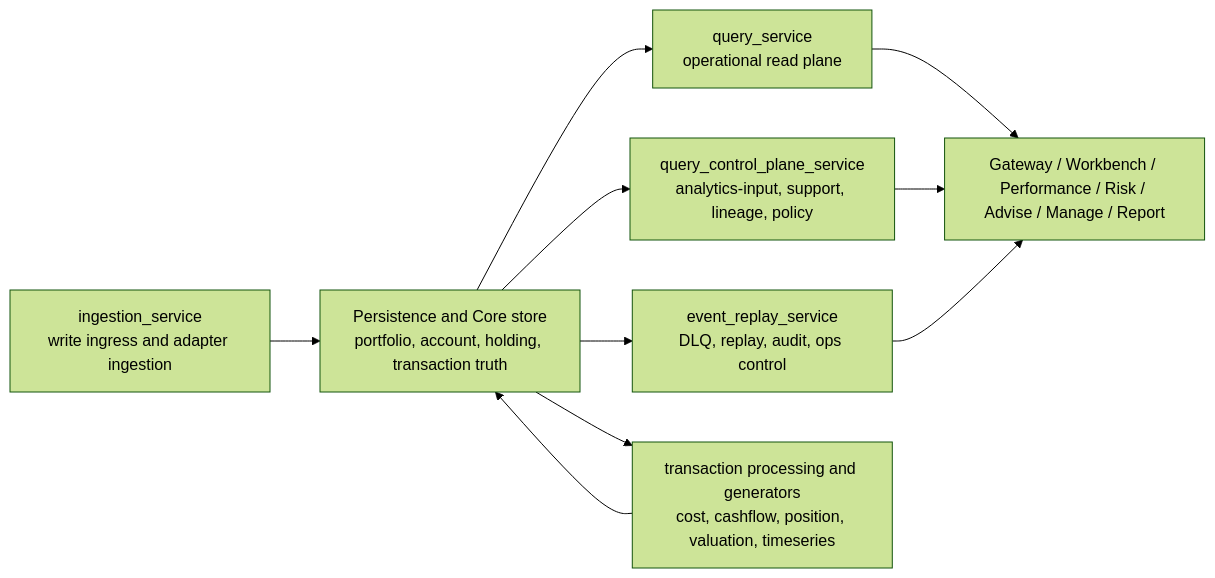
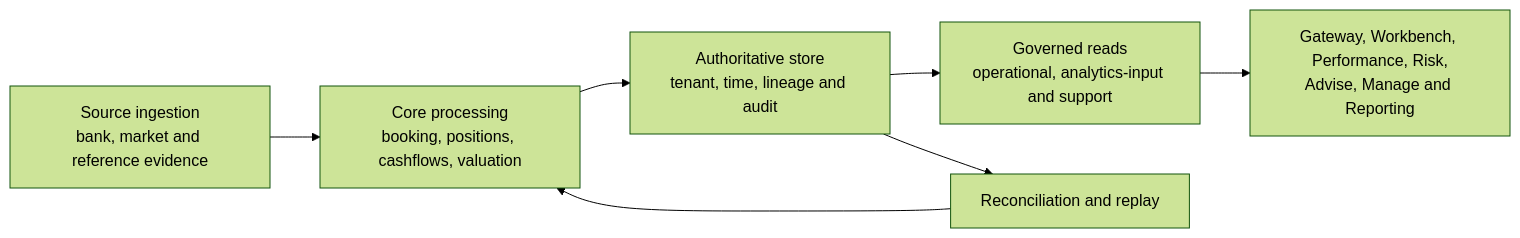
The diagram in README.md (sgajbi/lotus-core), drawn with Mermaid (forest theme) before and after one commit. The commit also changed other lines of this file, not shown here.

Commit message:
docs(readme): establish the Core product front door

````diff
--- a/README.md
+++ b/README.md
@@ -167,20 +69,9 @@
 ```mermaid
 flowchart LR
-    Ingress["ingestion_service<br/>write ingress and adapter ingestion"]
-    Store["Persistence and Core store<br/>portfolio, account, holding, transaction truth"]
-    Query["query_service<br/>operational read plane"]
-    QCP["query_control_plane_service<br/>analytics-input, support, lineage, policy"]
-    Replay["event_replay_service<br/>DLQ, replay, audit, ops control"]
-    Calc["transaction processing and generators<br/>cost, cashflow, position, valuation, timeseries"]
-    Downstream["Gateway / Workbench / Performance / Risk / Advise / Manage / Report"]
-
-    Ingress --> Store
-    Store --> Query
-    Store --> QCP
-    Store --> Replay
-    Store --> Calc
-    Query --> Downstream
-    QCP --> Downstream
-    Replay --> Downstream
-    Calc --> Store
+    Sources["Source ingestion<br/>bank, market and reference evidence"] --> Processing["Core processing<br/>booking, positions, cashflows, valuation"]
+    Processing --> Store["Authoritative store<br/>tenant, time, lineage and audit"]
+    Store --> Reads["Governed reads<br/>operational, analytics-input and support"]
+    Reads --> Consumers["Gateway, Workbench, Performance, Risk,<br/>Advise, Manage and Reporting"]
+    Store --> Recovery["Reconciliation and replay"]
+    Recovery --> Processing
 ```
````
